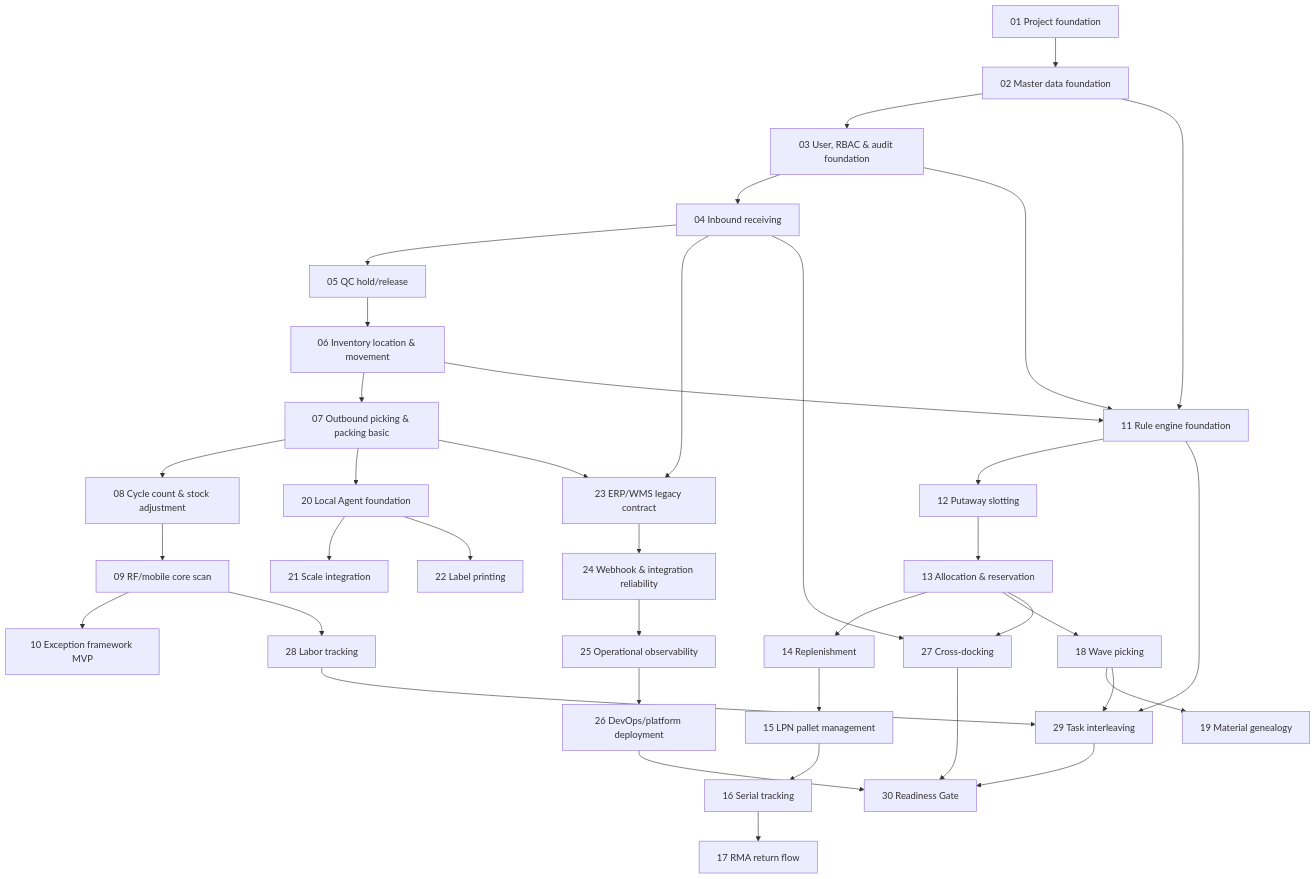
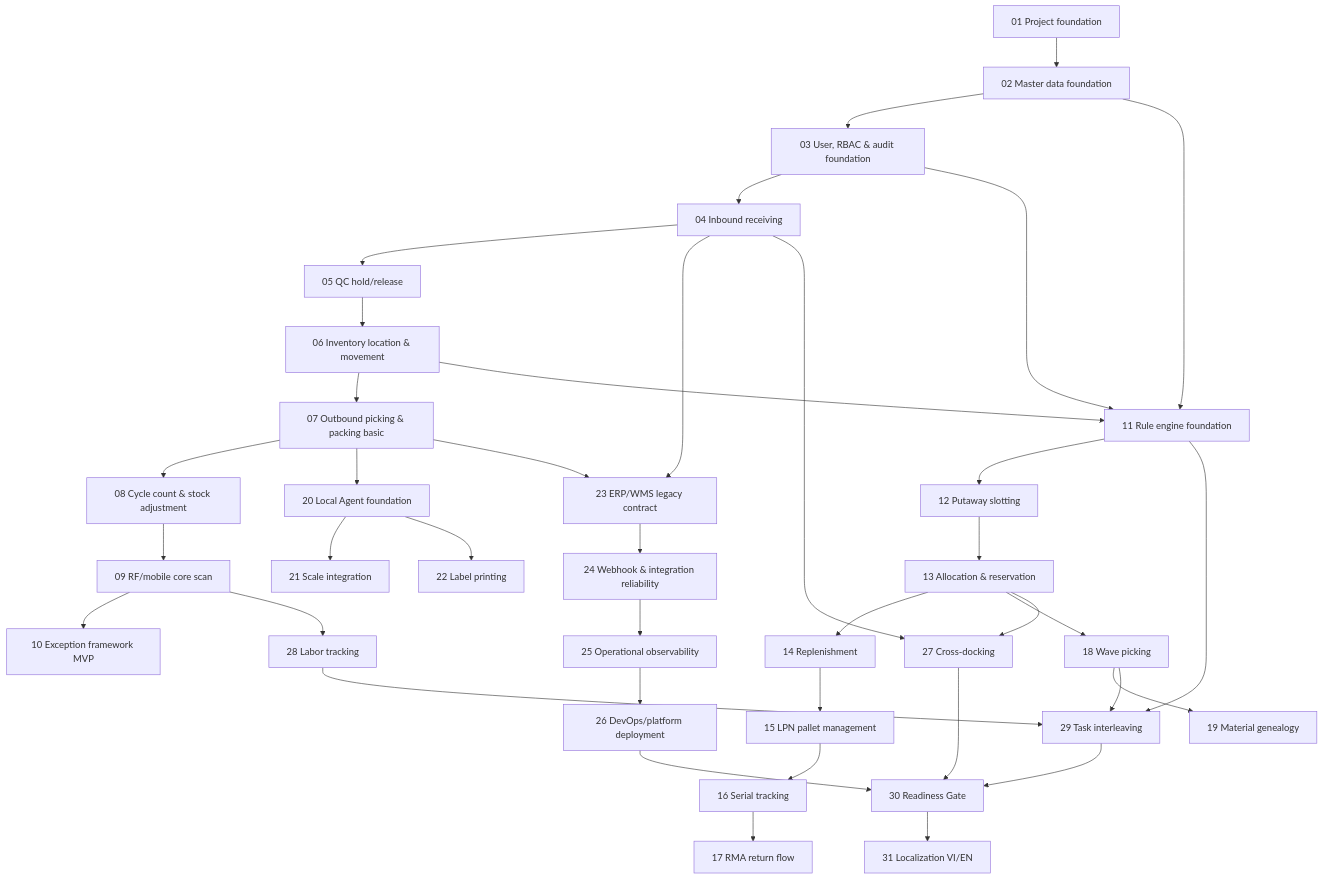
Before and after one commit to minhtalent-dev/nexustock: the diagram in planning/enterprise/phase_dependency_graph.md, drawn with Mermaid. The commit also changed other lines of this file and 12 other files, not shown here.

````diff
--- a/planning/enterprise/phase_dependency_graph.md
+++ b/planning/enterprise/phase_dependency_graph.md
@@ -22,40 +22,41 @@
 ```mermaid
 graph TD
     P01["01 Project foundation"] --> P02["02 Master data foundation"]
     P02 --> P03["03 User, RBAC & audit foundation"]
     P03 --> P04["04 Inbound receiving"]
     P04 --> P05["05 QC hold/release"]
     P05 --> P06["06 Inventory location & movement"]
     P06 --> P07["07 Outbound picking & packing basic"]
     P07 --> P08["08 Cycle count & stock adjustment"]
     P08 --> P09["09 RF/mobile core scan"]
     P09 --> P10["10 Exception framework MVP"]
     P02 --> P11["11 Rule engine foundation"]
     P03 --> P11
     P06 --> P11
     P11 --> P12["12 Putaway slotting"]
     P12 --> P13["13 Allocation & reservation"]
     P13 --> P14["14 Replenishment"]
     P14 --> P15["15 LPN pallet management"]
     P15 --> P16["16 Serial tracking"]
     P16 --> P17["17 RMA return flow"]
     P13 --> P18["18 Wave picking"]
     P18 --> P19["19 Material genealogy"]
     P07 --> P20["20 Local Agent foundation"]
     P20 --> P21["21 Scale integration"]
     P20 --> P22["22 Label printing"]
     P04 --> P23["23 ERP/WMS legacy contract"]
     P07 --> P23
     P23 --> P24["24 Webhook & integration reliability"]
     P24 --> P25["25 Operational observability"]
     P25 --> P26["26 DevOps/platform deployment"]
     P04 --> P27["27 Cross-docking"]
     P13 --> P27
     P09 --> P28["28 Labor tracking"]
     P11 --> P29["29 Task interleaving"]
     P18 --> P29
     P28 --> P29
     P26 --> P30["30 Readiness Gate"]
     P27 --> P30
     P29 --> P30
+    P30 --> P31["31 Localization VI/EN"]
 ```
````
